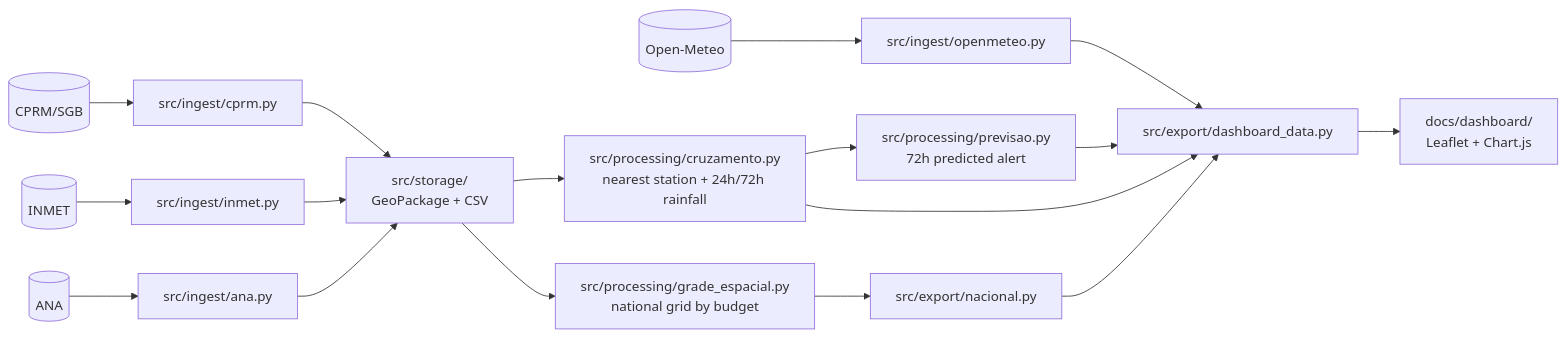
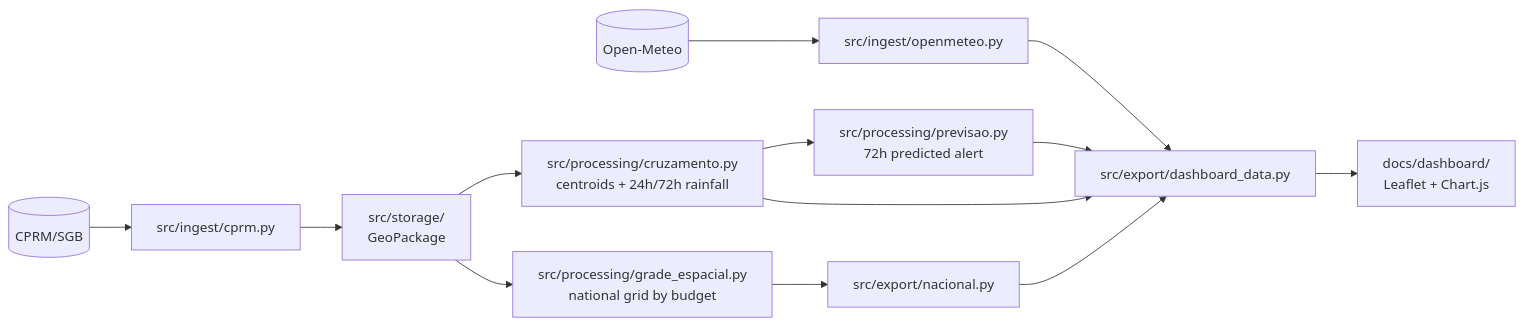
The diagram in README.en.md (hcristosm/ORCA), drawn with Mermaid before and after one commit. The commit also changed other lines of this file and 32 other files, not shown here.

````diff
--- a/README.en.md
+++ b/README.en.md
@@ -88,19 +85,15 @@
 ```mermaid
 flowchart LR
     CPRM[("CPRM/SGB")] --> ING1["src/ingest/cprm.py"]
-    INMET[("INMET")] --> ING2["src/ingest/inmet.py"]
-    ANA[("ANA")] --> ING3["src/ingest/ana.py"]
     OM[("Open-Meteo")] --> ING4["src/ingest/openmeteo.py"]
-    ING1 --> STORE["src/storage/<br/>GeoPackage + CSV"]
-    ING2 --> STORE
-    ING3 --> STORE
-    STORE --> PROC["src/processing/cruzamento.py<br/>nearest station + 24h/72h rainfall"]
+    ING1 --> STORE["src/storage/<br/>GeoPackage"]
+    STORE --> PROC["src/processing/cruzamento.py<br/>centroids + 24h/72h rainfall"]
     STORE --> GRADE["src/processing/grade_espacial.py<br/>national grid by budget"]
     GRADE --> NAC["src/export/nacional.py"]
     PROC --> PREV["src/processing/previsao.py<br/>72h predicted alert"]
     PROC --> EXPORT["src/export/dashboard_data.py"]
     NAC --> EXPORT
     PREV --> EXPORT
     ING4 --> EXPORT
     EXPORT --> DASH["docs/dashboard/<br/>Leaflet + Chart.js"]
 ```
````
